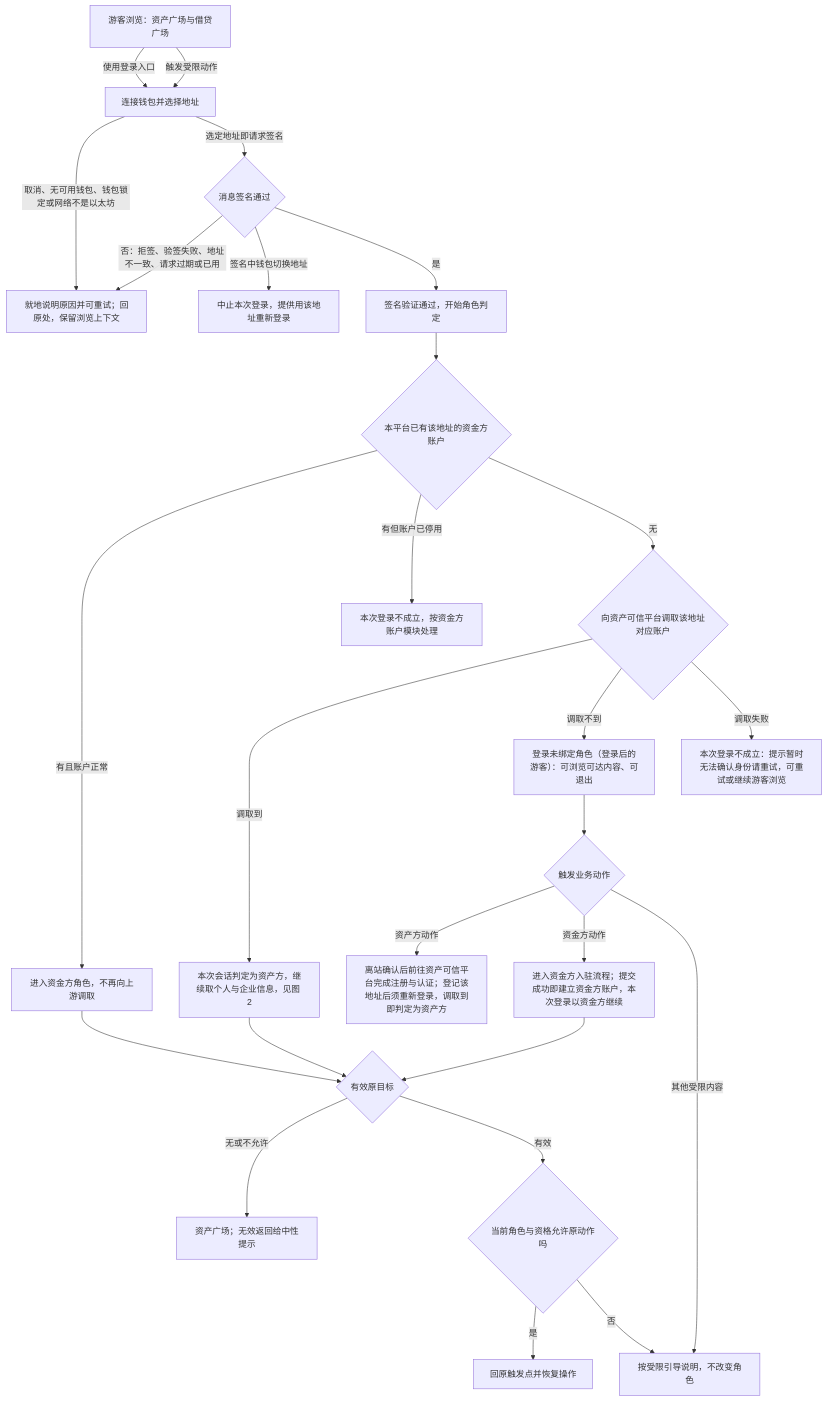
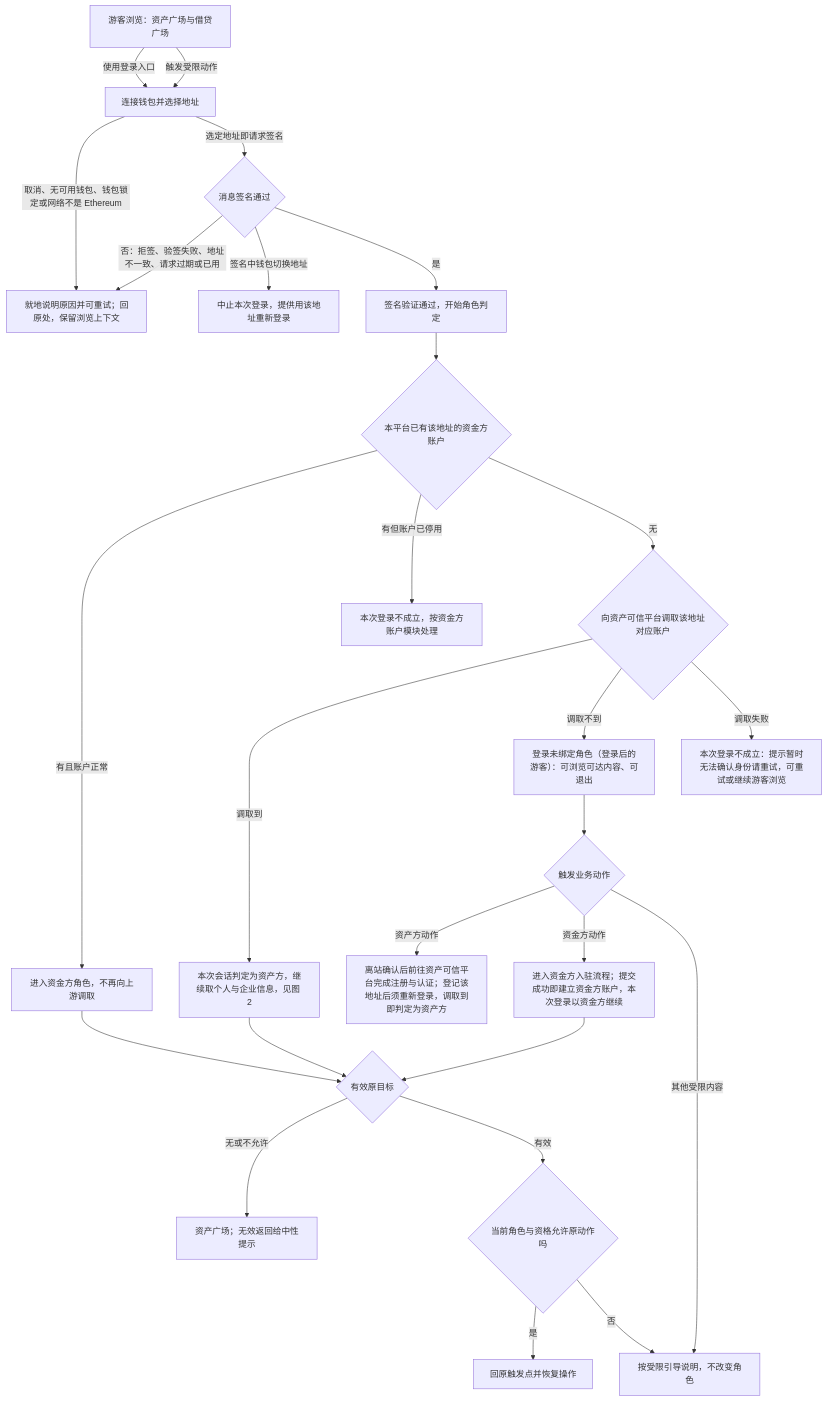
The first of 7 diagrams in lending-platform/PRD/面客端/01-登录主干与资产方SSO接入/02-登录主干与资产方SSO接入-流程图与状态机.md (wxblockchain/Chain-Financing), drawn with Mermaid before and after one commit. The commit also changed 15 other files, not shown here.

````diff
--- a/lending-platform/PRD/面客端/01-登录主干与资产方SSO接入/02-登录主干与资产方SSO接入-流程图与状态机.md
+++ b/lending-platform/PRD/面客端/01-登录主干与资产方SSO接入/02-登录主干与资产方SSO接入-流程图与状态机.md
@@ -10,28 +10,28 @@
 ```mermaid
 flowchart TD
     G["游客浏览：资产广场与借贷广场"] -->|使用登录入口| W["连接钱包并选择地址"]
     G -->|触发受限动作| W
-    W -->|取消、无可用钱包、钱包锁定或网络不是以太坊| O["就地说明原因并可重试；回原处，保留浏览上下文"]
+    W -->|取消、无可用钱包、钱包锁定或网络不是 Ethereum| O["就地说明原因并可重试；回原处，保留浏览上下文"]
     W -->|选定地址即请求签名| S{"消息签名通过"}
     S -->|否：拒签、验签失败、地址不一致、请求过期或已用| O
     S -->|签名中钱包切换地址| RE["中止本次登录，提供用该地址重新登录"]
     S -->|是| IN["签名验证通过，开始角色判定"]
     IN --> F{"本平台已有该地址的资金方账户"}
     F -->|有且账户正常| FUNDER["进入资金方角色，不再向上游调取"]
     F -->|有但账户已停用| DIS["本次登录不成立，按资金方账户模块处理"]
     F -->|无| PULL{"向资产可信平台调取该地址对应账户"}
     PULL -->|调取到| ASSET["本次会话判定为资产方，继续取个人与企业信息，见图 2"]
     PULL -->|调取不到| NONE["登录未绑定角色（登录后的游客）：可浏览可达内容、可退出"]
     PULL -->|调取失败| KEEP["本次登录不成立：提示暂时无法确认身份请重试，可重试或继续游客浏览"]
     NONE --> ACT{"触发业务动作"}
     ACT -->|资产方动作| UP["离站确认后前往资产可信平台完成注册与认证；登记该地址后须重新登录，调取到即判定为资产方"]
     ACT -->|资金方动作| FUND["进入资金方入驻流程；提交成功即建立资金方账户，本次登录以资金方继续"]
     ACT -->|其他受限内容| GUIDE["按受限引导说明，不改变角色"]
     ASSET --> NEXT{"有效原目标"}
     FUNDER --> NEXT
     FUND --> NEXT
     NEXT -->|无或不允许| PLAZA["资产广场；无效返回给中性提示"]
     NEXT -->|有效| Q{"当前角色与资格允许原动作吗"}
     Q -->|是| BACK["回原触发点并恢复操作"]
     Q -->|否| GUIDE
 ```
````
